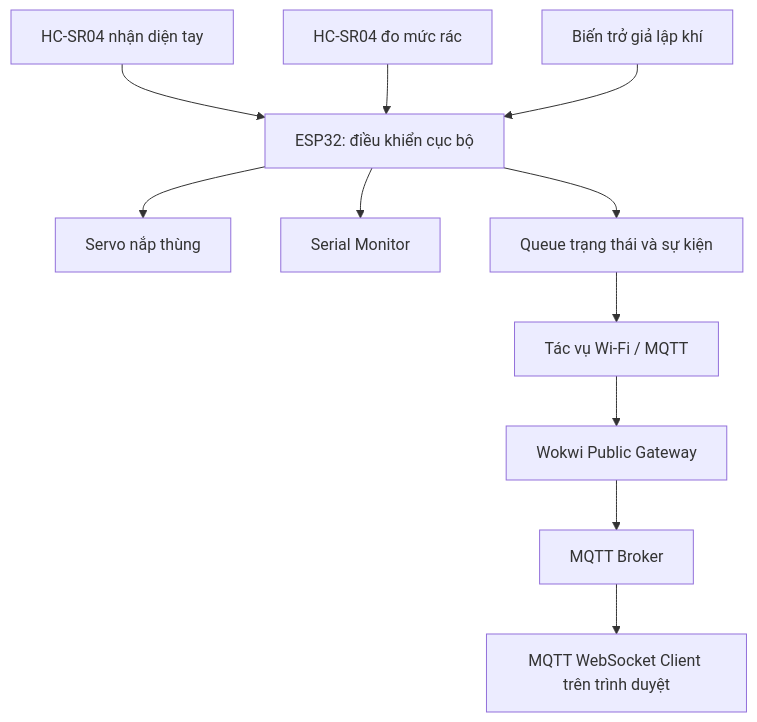
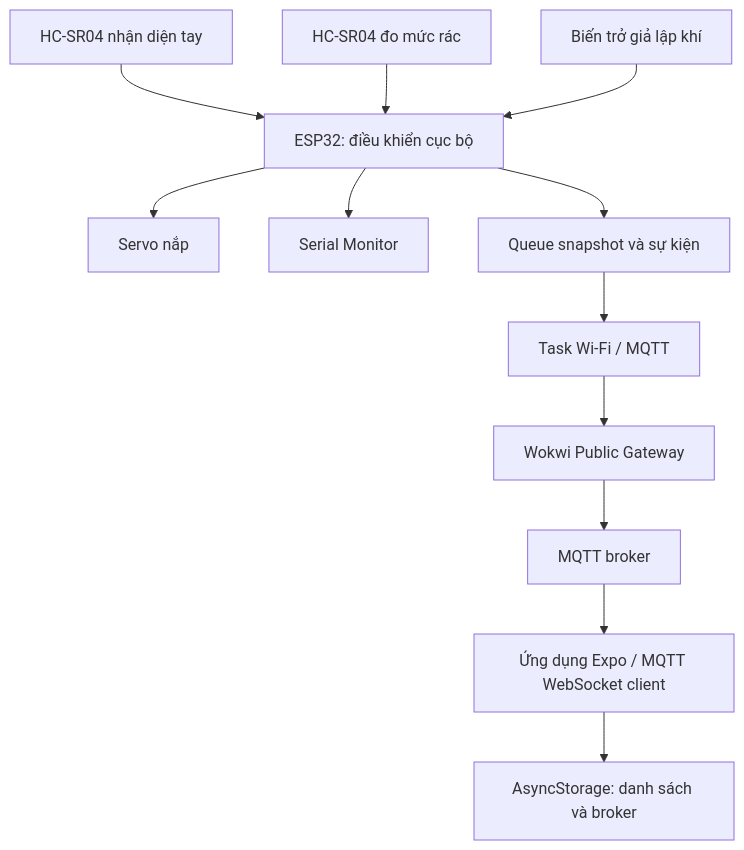
The diagram in README.md (nck0911/SmartBin), drawn with Mermaid before and after one commit. The commit also changed other lines of this file and 21 other files, not shown here.

````diff
--- a/README.md
+++ b/README.md
@@ -38,13 +42,14 @@
 ```mermaid
 flowchart TD
     H[HC-SR04 nhận diện tay] --> C[ESP32: điều khiển cục bộ]
     T[HC-SR04 đo mức rác] --> C
     G[Biến trở giả lập khí] --> C
-    C --> S[Servo nắp thùng]
+    C --> S[Servo nắp]
     C --> L[Serial Monitor]
-    C --> Q[Queue trạng thái và sự kiện]
-    Q --> N[Tác vụ Wi-Fi / MQTT]
+    C --> Q[Queue snapshot và sự kiện]
+    Q --> N[Task Wi-Fi / MQTT]
     N --> W[Wokwi Public Gateway]
-    W --> B[MQTT Broker]
-    B --> V[MQTT WebSocket Client trên trình duyệt]
+    W --> B[MQTT broker]
+    B --> A[Ứng dụng Expo / MQTT WebSocket client]
+    A --> D[AsyncStorage: danh sách và broker]
 ```
````
